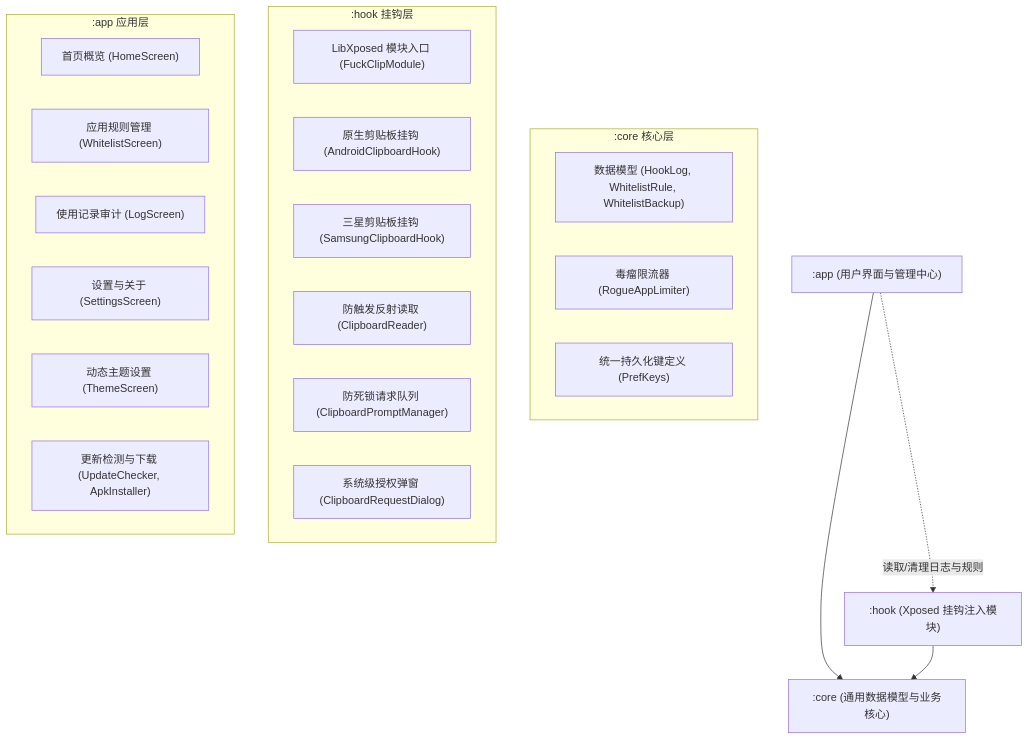
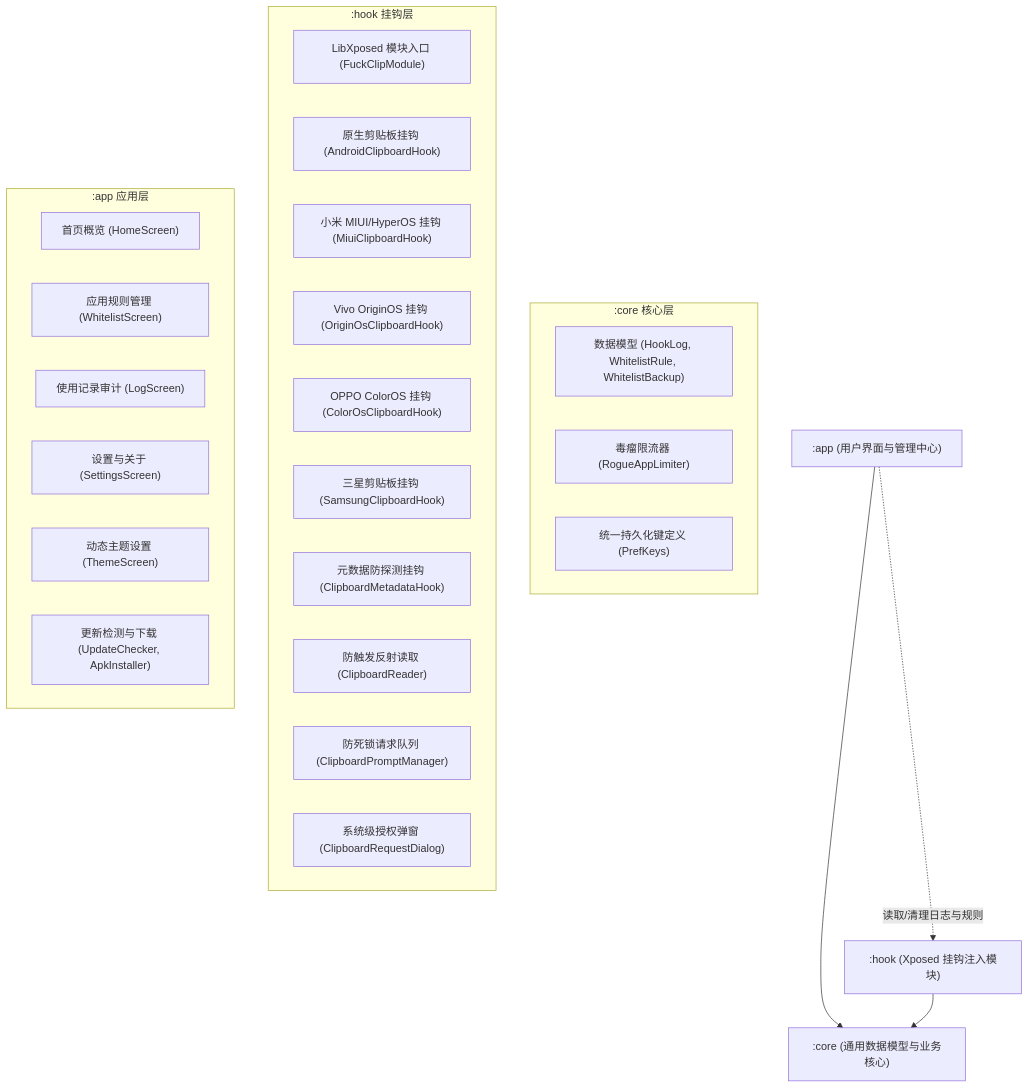
Before and after one commit to Cail-Gainey/FuckClip: the diagram in README.md, drawn with Mermaid. The commit also changed other lines of this file and 25 other files, not shown here.

Commit message:
feat: 新增 MIUI、OriginOS 与 ColorOS 剪贴板拦截

````diff
--- a/README.md
+++ b/README.md
@@ -76,30 +76,34 @@
 ```mermaid
 graph TD
     App[":app (用户界面与管理中心)"] --> Core[":core (通用数据模型与业务核心)"]
     Hook[":hook (Xposed 挂钩注入模块)"] --> Core
     App -.->|读取/清理日志与规则| Hook
 
     subgraph CoreLayer [":core 核心层"]
         CoreModel["数据模型 (HookLog, WhitelistRule, WhitelistBackup)"]
         Limiter["毒瘤限流器 (RogueAppLimiter)"]
         PrefKeys["统一持久化键定义 (PrefKeys)"]
     end
 
     subgraph HookLayer [":hook 挂钩层"]
         Entry["LibXposed 模块入口 (FuckClipModule)"]
         AndroidHook["原生剪贴板挂钩 (AndroidClipboardHook)"]
+        MiuiHook["小米 MIUI/HyperOS 挂钩 (MiuiClipboardHook)"]
+        OriginHook["Vivo OriginOS 挂钩 (OriginOsClipboardHook)"]
+        ColorHook["OPPO ColorOS 挂钩 (ColorOsClipboardHook)"]
         SamsungHook["三星剪贴板挂钩 (SamsungClipboardHook)"]
+        MetaHook["元数据防探测挂钩 (ClipboardMetadataHook)"]
         Reader["防触发反射读取 (ClipboardReader)"]
         PromptMgr["防死锁请求队列 (ClipboardPromptManager)"]
         SysDialog["系统级授权弹窗 (ClipboardRequestDialog)"]
     end
 
     subgraph AppLayer [":app 应用层"]
         UI_Home["首页概览 (HomeScreen)"]
         UI_Apps["应用规则管理 (WhitelistScreen)"]
         UI_Log["使用记录审计 (LogScreen)"]
         UI_Settings["设置与关于 (SettingsScreen)"]
         UI_Theme["动态主题设置 (ThemeScreen)"]
         Update["更新检测与下载 (UpdateChecker, ApkInstaller)"]
     end
 ```
````
